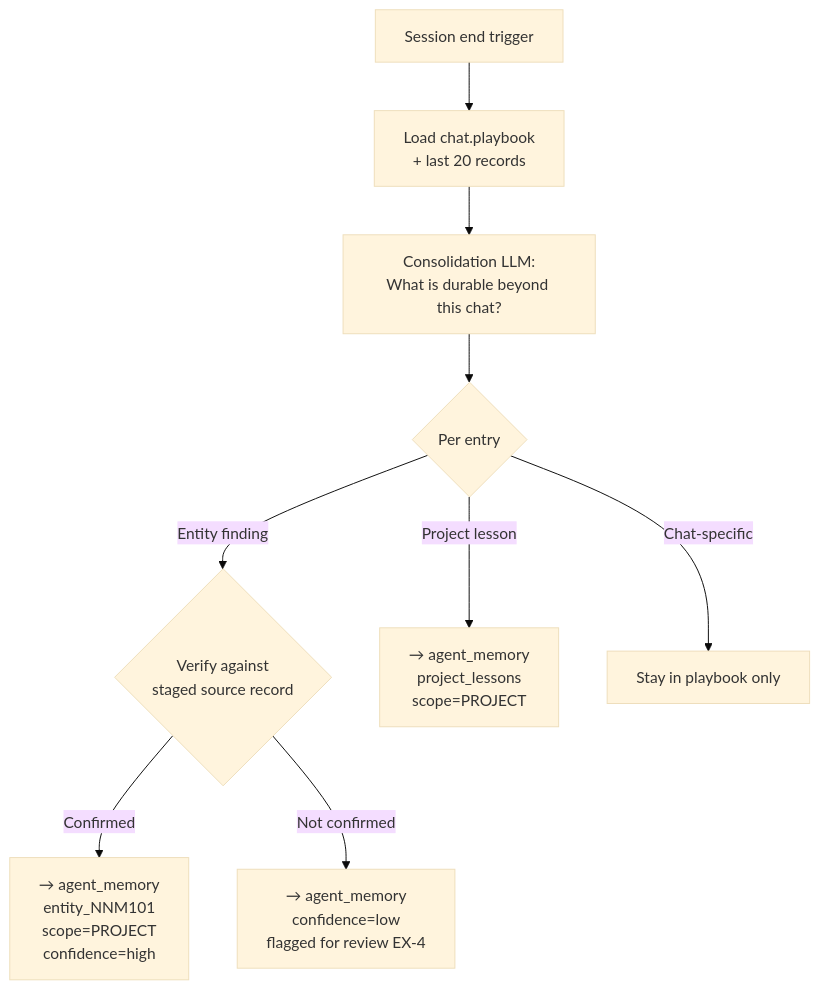
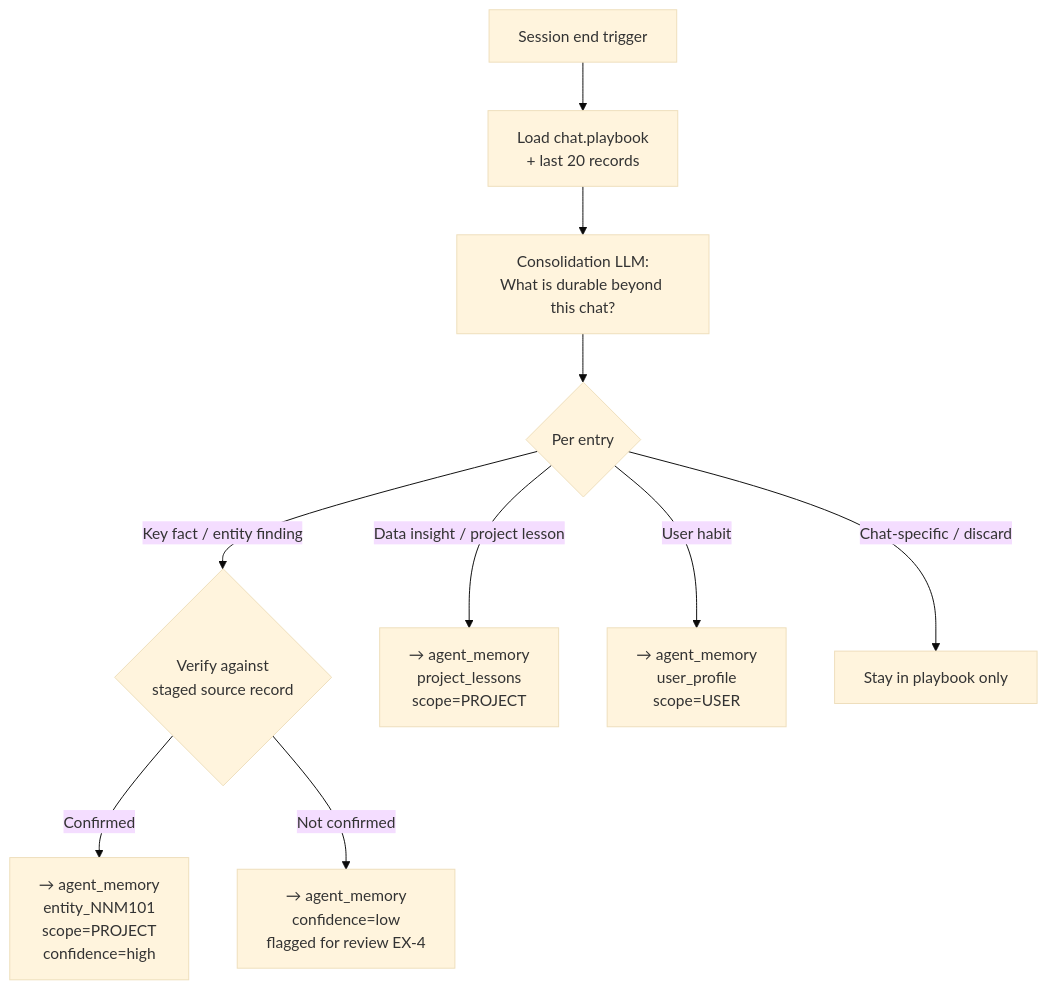
Before and after one commit to wiedersehne/Ida-arch: the sixth of 7 diagrams in memory-gap-analysis-n-solution.md, drawn with Mermaid (base theme). The commit also changed other lines of this file, not shown here.

````diff
--- a/memory-gap-analysis-n-solution.md
+++ b/memory-gap-analysis-n-solution.md
@@ -310,11 +310,12 @@
 ```mermaid
 flowchart TD
     A[Session end trigger] --> B[Load chat.playbook\n+ last 20 records]
     B --> C[Consolidation LLM:\nWhat is durable beyond this chat?]
     C --> D{Per entry}
-    D -->|Entity finding| V{Verify against\nstaged source record}
+    D -->|Key fact / entity finding| V{Verify against\nstaged source record}
     V -->|Confirmed| E[→ agent_memory\nentity_NNM101\nscope=PROJECT\nconfidence=high]
     V -->|Not confirmed| EL[→ agent_memory\nconfidence=low\nflagged for review EX-4]
-    D -->|Project lesson| F[→ agent_memory\nproject_lessons\nscope=PROJECT]
-    D -->|Chat-specific| G[Stay in playbook only]
+    D -->|Data insight / project lesson| F[→ agent_memory\nproject_lessons\nscope=PROJECT]
+    D -->|User habit| UH[→ agent_memory\nuser_profile\nscope=USER]
+    D -->|Chat-specific / discard| G[Stay in playbook only]
 ```
````
